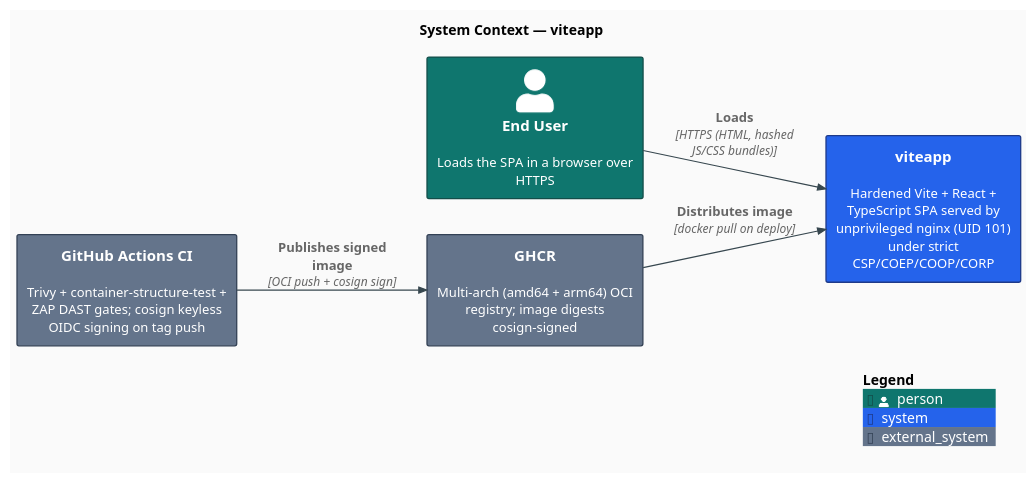
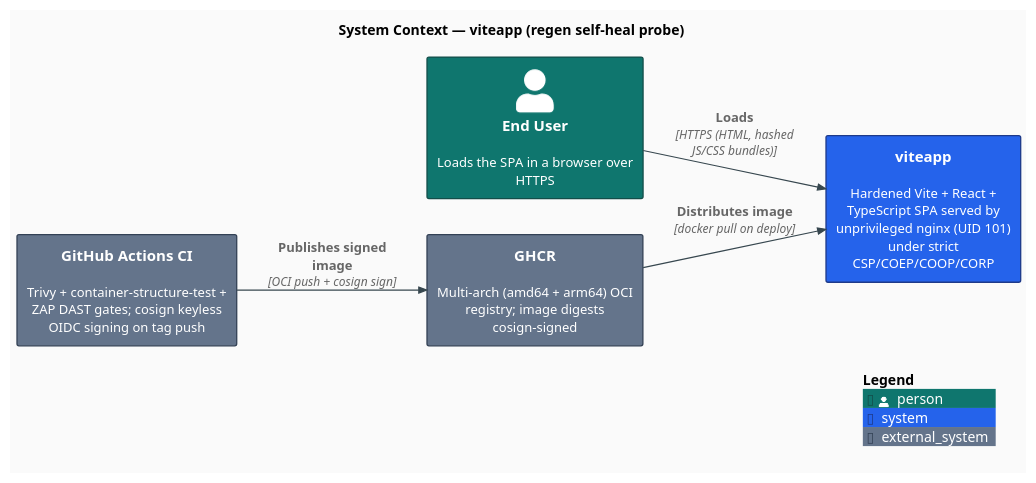
Before and after one commit to AndriyKalashnykov/viteapp: the diagram in docs/diagrams/c4-context.puml, drawn with PlantUML.

Commit message:
test: probe diagram-regen self-heal (title edit, PNG intentionally stale)

```diff
--- a/docs/diagrams/c4-context.puml
+++ b/docs/diagrams/c4-context.puml
@@ -1,32 +1,32 @@
 @startuml c4-context
 !include https://raw.githubusercontent.com/plantuml-stdlib/C4-PlantUML/v2.11.0/C4_Context.puml
 
 LAYOUT_LEFT_RIGHT()
 
 ' Modern flat styling: no shadows, sharp corners, clean sans-serif, modern palette.
 skinparam backgroundColor #FAFAFA
 skinparam shadowing false
 skinparam roundCorner 4
 skinparam defaultFontName "Inter, Helvetica, Arial, sans-serif"
 skinparam defaultFontSize 13
 skinparam ArrowColor #37474F
 skinparam ArrowThickness 1.2
 skinparam rectangleBorderThickness 1.3
 
 UpdateElementStyle("person",          $fontColor="#FFFFFF", $bgColor="#0F766E", $borderColor="#134E4A")
 UpdateElementStyle("system",          $fontColor="#FFFFFF", $bgColor="#2563EB", $borderColor="#1E3A8A")
 UpdateElementStyle("external_system", $fontColor="#FFFFFF", $bgColor="#64748B", $borderColor="#334155")
 
-title System Context — viteapp
+title System Context — viteapp (regen self-heal probe)
 
 Person(user, "End User", "Loads the SPA in a browser over HTTPS")
 System(spa, "viteapp", "Hardened Vite + React + TypeScript SPA served by unprivileged nginx (UID 101) under strict CSP/COEP/COOP/CORP")
 System_Ext(ci, "GitHub Actions CI", "Trivy + container-structure-test + ZAP DAST gates; cosign keyless OIDC signing on tag push")
 System_Ext(ghcr, "GHCR", "Multi-arch (amd64 + arm64) OCI registry; image digests cosign-signed")
 
 Rel(user, spa, "Loads", "HTTPS (HTML, hashed JS/CSS bundles)")
 Rel(ci, ghcr, "Publishes signed image", "OCI push + cosign sign")
 Rel(ghcr, spa, "Distributes image", "docker pull on deploy")
 
 SHOW_LEGEND()
 @enduml
```
